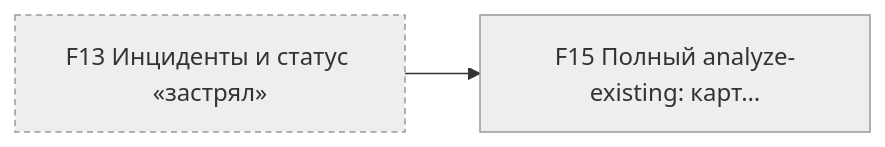
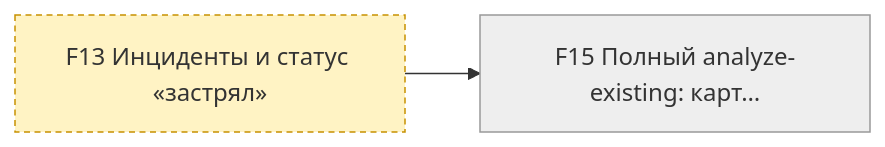
One commit to pete-doc/project-architect changed the fourth of 6 diagrams in state/STATUS.md. Above: the diagram before and after it, drawn with Mermaid. The commit also changed other lines of this file and 2 other files, not shown here.

````diff
--- a/state/STATUS.md
+++ b/state/STATUS.md
@@ -114,13 +115,14 @@
 ```mermaid
 graph LR
   F15["F15 Полный analyze-existing: карт…"]
   F13["F13 Инциденты и статус «застрял»"]
   F13 --> F15
   classDef done fill:#d4f4dd,stroke:#2e8b57
   classDef work fill:#fff3c4,stroke:#c79100
   classDef blocked fill:#ffd6d6,stroke:#c0392b
   classDef later fill:#eeeeee,stroke:#999999
   classDef outside stroke-dasharray: 4 3
-  class F15,F13 later
+  class F13 work
+  class F15 later
   class F13 outside
 ```
````
